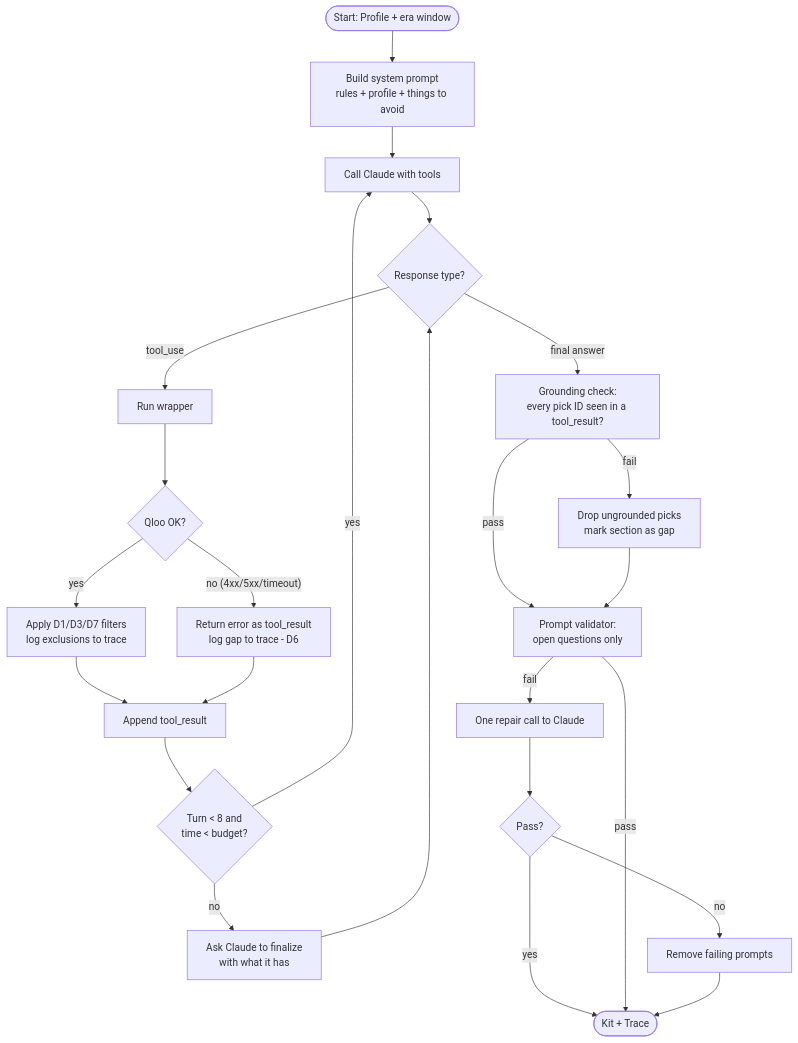
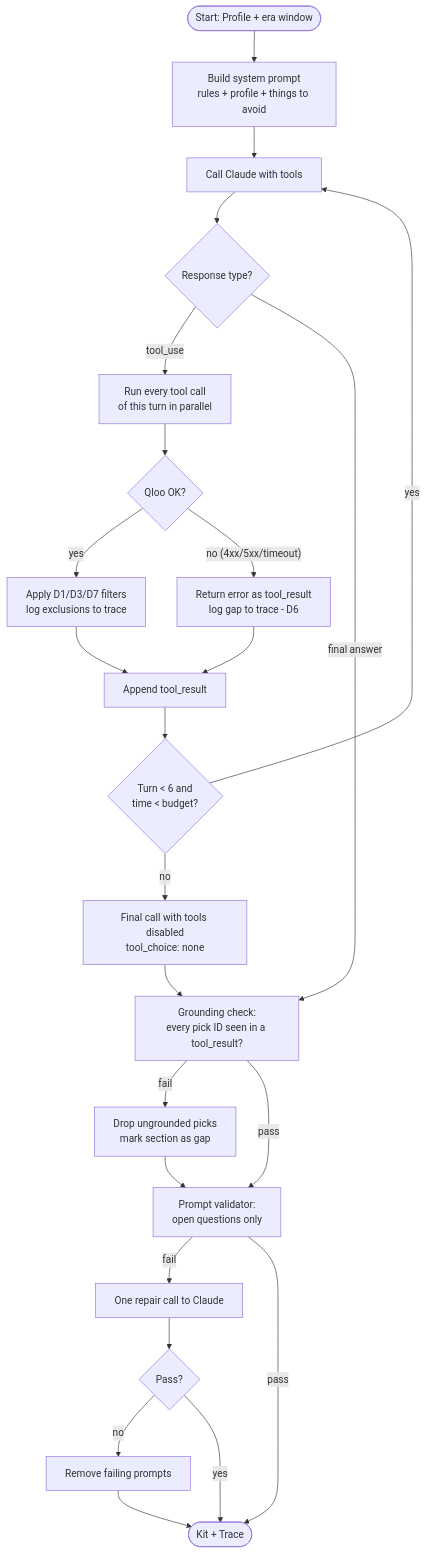
Before and after one commit to PrathibhaDevkar/memory-lane: the third of 8 diagrams in docs/implementation-plan.md, drawn with Mermaid. The commit also changed other lines of this file and 1 other file, not shown here.

````diff
--- a/docs/implementation-plan.md
+++ b/docs/implementation-plan.md
@@ -122,26 +129,26 @@
 ```mermaid
 flowchart TD
     S([Start: Profile + era window]) --> P[Build system prompt<br/>rules + profile + things to avoid]
     P --> CALL[Call Claude with tools]
     CALL --> R{Response type?}
-    R -- tool_use --> EX[Run wrapper]
+    R -- tool_use --> EX[Run every tool call<br/>of this turn in parallel]
     EX --> OK{Qloo OK?}
     OK -- yes --> F[Apply D1/D3/D7 filters<br/>log exclusions to trace]
     OK -- "no (4xx/5xx/timeout)" --> GAP[Return error as tool_result<br/>log gap to trace - D6]
     F --> TR[Append tool_result]
     GAP --> TR
-    TR --> LIM{Turn < 8 and<br/>time < budget?}
+    TR --> LIM{Turn < 6 and<br/>time < budget?}
     LIM -- yes --> CALL
-    LIM -- no --> FORCE[Ask Claude to finalize<br/>with what it has]
-    FORCE --> R
+    LIM -- no --> FORCE[Final call with tools disabled<br/>tool_choice: none]
+    FORCE --> G
     R -- final answer --> G[Grounding check:<br/>every pick ID seen in a tool_result?]
     G -- fail --> DROP[Drop ungrounded picks<br/>mark section as gap]
     G -- pass --> VAL
     DROP --> VAL[Prompt validator:<br/>open questions only]
     VAL -- fail --> RETRY[One repair call to Claude]
     RETRY --> VAL2{Pass?}
     VAL2 -- no --> RM[Remove failing prompts]
     VAL2 -- yes --> OUT
     VAL -- pass --> OUT([Kit + Trace])
     RM --> OUT
 ```
````
